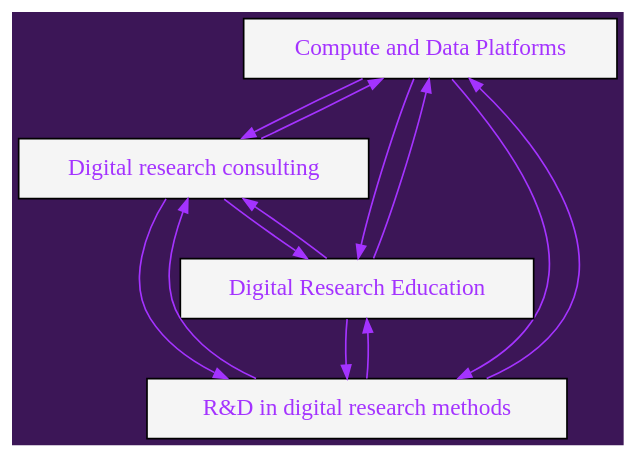
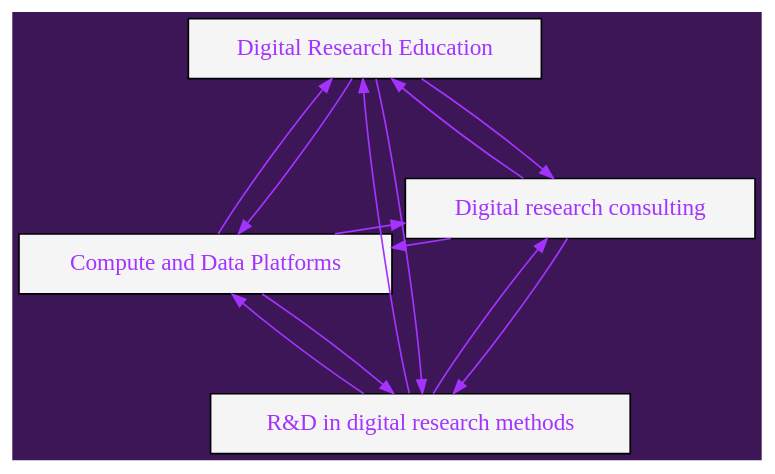
The diagram in slideshow/assets/arc.dot (jamespjh/inaugural-lecture), drawn with Graphviz before and after one commit. The commit also changed 2 other files, not shown here.

```diff
--- a/slideshow/assets/arc.dot
+++ b/slideshow/assets/arc.dot
@@ -1,16 +1,17 @@
 digraph{    
-    graph [bgcolor="#3c1657"];
+    graph [bgcolor="#3c1657", layout = "neato", overlap = "false"];
     node  [shape="box", style="filled", fillcolor="#f5f5f5", fontcolor="#a433ff"];
     edge  [color="#a433ff", arrowsize=0.8];
 
     "Compute and Data Platforms" -> "Digital research consulting" -> "R&D in digital research methods" 
     "R&D in digital research methods" -> "Digital research consulting" -> "Compute and Data Platforms"
     "R&D in digital research methods" -> "Compute and Data Platforms"
     "Compute and Data Platforms" -> "R&D in digital research methods"
     "Digital Research Education" -> "R&D in digital research methods"
     "Digital Research Education" -> "Compute and Data Platforms"
     "Digital Research Education" -> "Digital research consulting"
     "R&D in digital research methods" -> "Digital Research Education"
     "Compute and Data Platforms" -> "Digital Research Education"
     "Digital research consulting" -> "Digital Research Education"
+
 }
```
